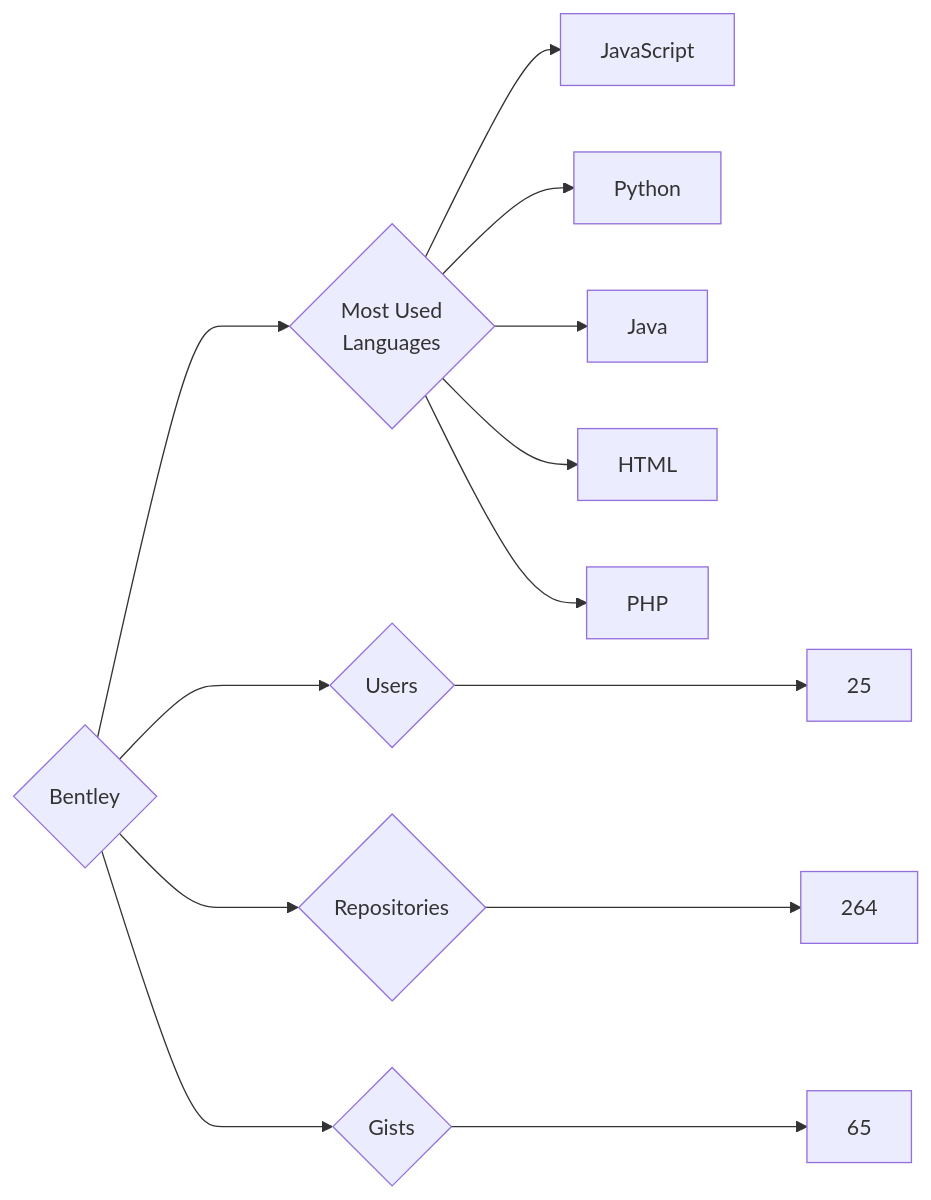
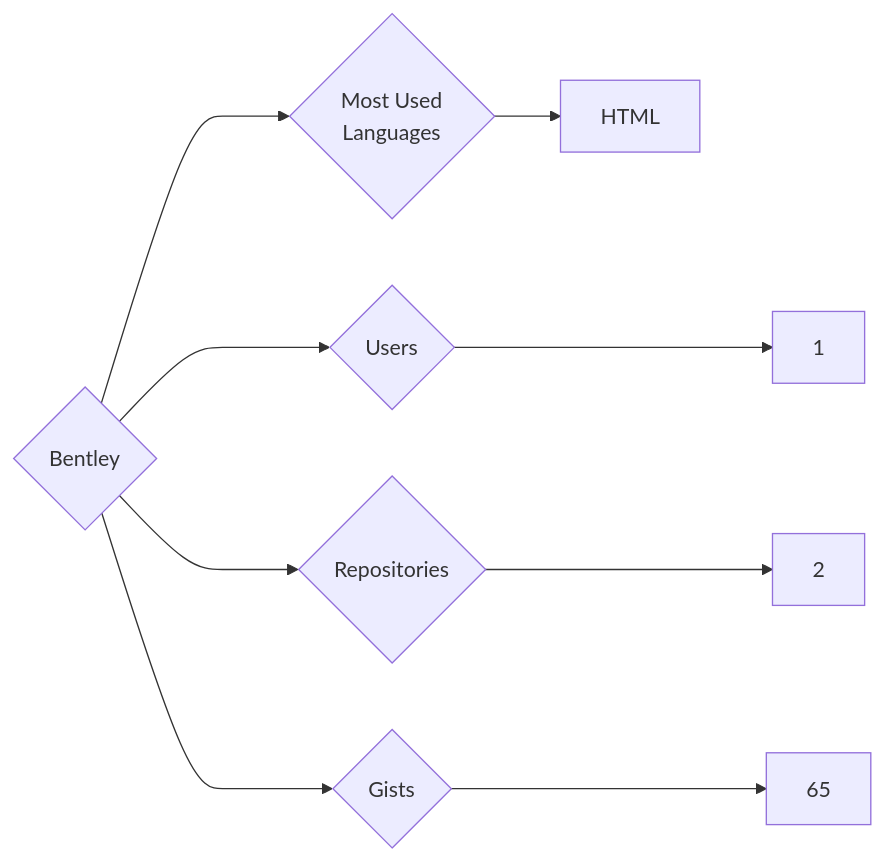
Before and after one commit to trickest/insiders: the diagram in targets/Bentley/README.md, drawn with Mermaid. The commit also changed 916 other files, not shown here.

````diff
--- a/targets/Bentley/README.md
+++ b/targets/Bentley/README.md
@@ -3,13 +3,9 @@
 ```mermaid
 graph LR
 COMPANY_NAME{Bentley}
-COMPANY_NAME ---> U{Users} ---> UN[25]
-COMPANY_NAME ---> R{Repositories} ---> RN[264]
+COMPANY_NAME ---> U{Users} ---> UN[1]
+COMPANY_NAME ---> R{Repositories} ---> RN[2]
 COMPANY_NAME ---> G{Gists} ---> GN[65]
 COMPANY_NAME ---> ML{Most Used<br>Languages}
-ML --> JavaScript[JavaScript]
-ML --> Python[Python]
-ML --> Java[Java]
 ML --> HTML[HTML]
-ML --> PHP[PHP]
 ```
````
